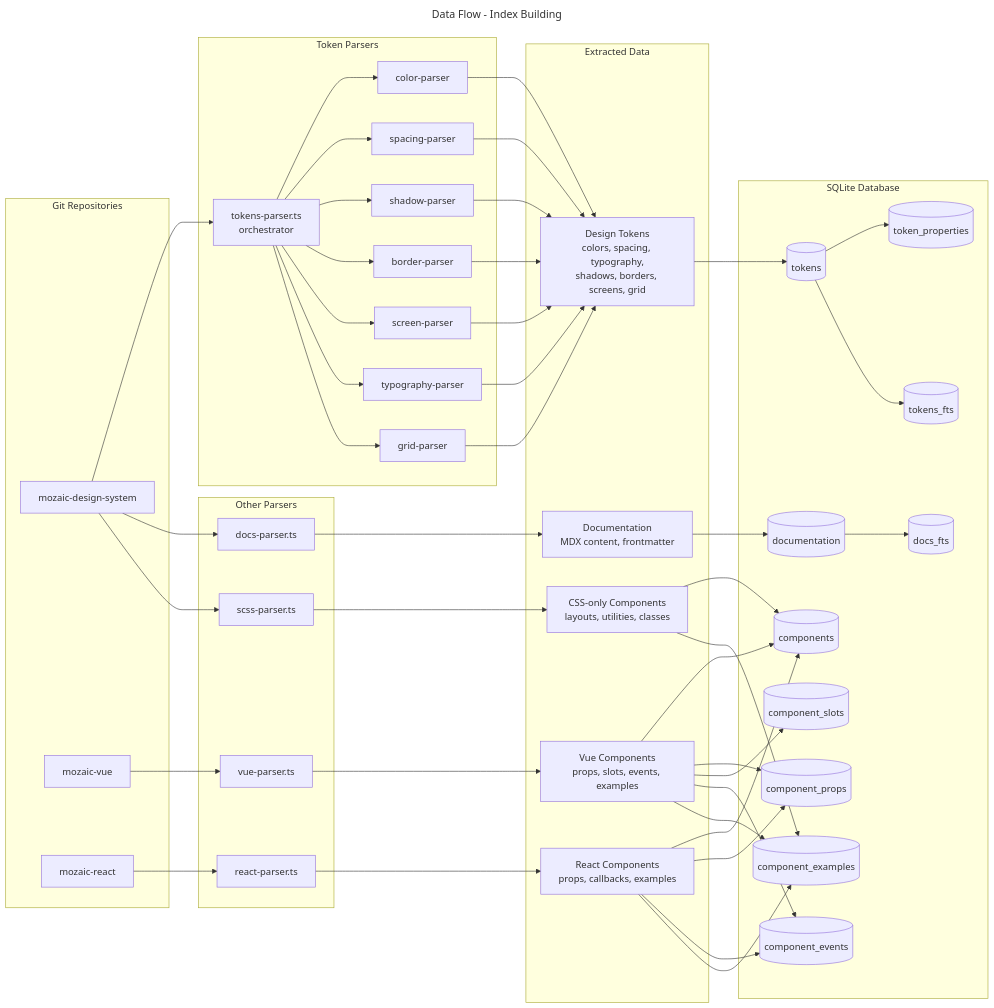
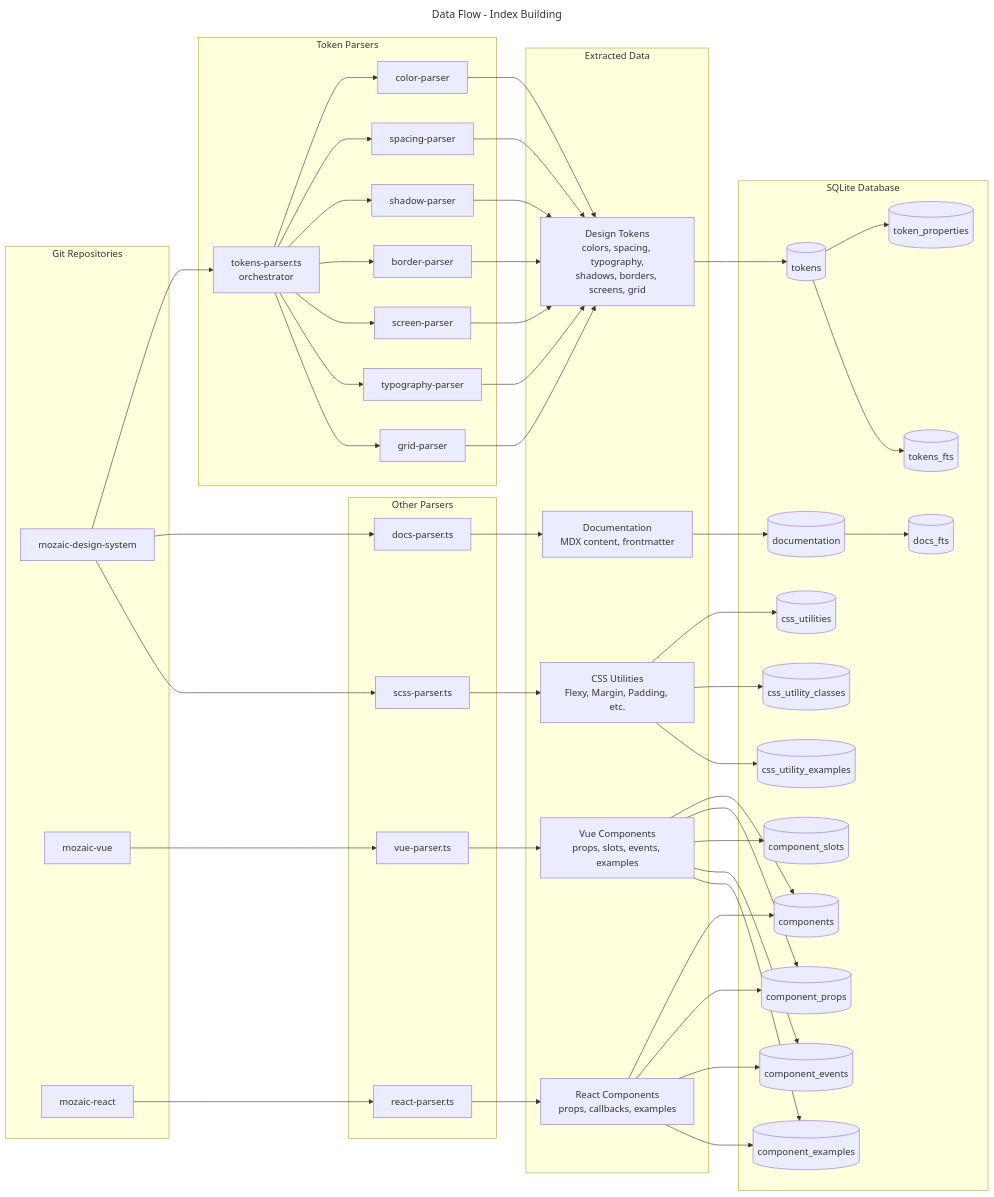
One commit to MerzoukeMansouri/adeo-mozaic-mcp changed the diagram in docs/assets/dataflow.mmd. Above: the diagram before and after it, drawn with Mermaid. The commit also changed 12 other files, not shown here.

Commit message:
refactor: add CSS Utility classes and examples schema and dataflow diagrams

```diff
--- a/docs/assets/dataflow.mmd
+++ b/docs/assets/dataflow.mmd
@@ -1,63 +1,66 @@
 ---
 title: Data Flow - Index Building
 ---
 flowchart LR
     subgraph Repos["Git Repositories"]
         R1[mozaic-design-system]
         R2[mozaic-vue]
         R3[mozaic-react]
     end
 
     subgraph TokenParsers["Token Parsers"]
         TP[tokens-parser.ts<br/>orchestrator]
         TP1[color-parser]
         TP2[spacing-parser]
         TP3[shadow-parser]
         TP4[border-parser]
         TP5[screen-parser]
         TP6[typography-parser]
         TP7[grid-parser]
     end
 
     subgraph OtherParsers["Other Parsers"]
         P2[vue-parser.ts]
         P3[react-parser.ts]
         P4[docs-parser.ts]
         P5[scss-parser.ts]
     end
 
     subgraph Data["Extracted Data"]
         D1[Design Tokens<br/>colors, spacing, typography,<br/>shadows, borders, screens, grid]
         D2[Vue Components<br/>props, slots, events, examples]
         D3[React Components<br/>props, callbacks, examples]
         D4[Documentation<br/>MDX content, frontmatter]
-        D5[CSS-only Components<br/>layouts, utilities, classes]
+        D5[CSS Utilities<br/>Flexy, Margin, Padding, etc.]
     end
 
     subgraph DB["SQLite Database"]
         T1[(tokens)]
         T1P[(token_properties)]
         T1F[(tokens_fts)]
         T2[(components)]
         T3[(component_props)]
         T4[(component_slots)]
         T5[(component_events)]
         T6[(component_examples)]
         T7[(documentation)]
         T8[(docs_fts)]
+        CU[(css_utilities)]
+        CUC[(css_utility_classes)]
+        CUE[(css_utility_examples)]
     end
 
     R1 --> TP
     TP --> TP1 & TP2 & TP3 & TP4 & TP5 & TP6 & TP7
     TP1 & TP2 & TP3 & TP4 & TP5 & TP6 & TP7 --> D1
     D1 --> T1
     T1 --> T1P & T1F
 
     R1 --> P4 --> D4 --> T7 --> T8
-    R1 --> P5 --> D5 --> T2
+    R1 --> P5 --> D5 --> CU
     R2 --> P2 --> D2 --> T2
     R3 --> P3 --> D3 --> T2
 
     D2 --> T3 & T4 & T5 & T6
     D3 --> T3 & T5 & T6
-    D5 --> T6
+    D5 --> CUC & CUE
```
